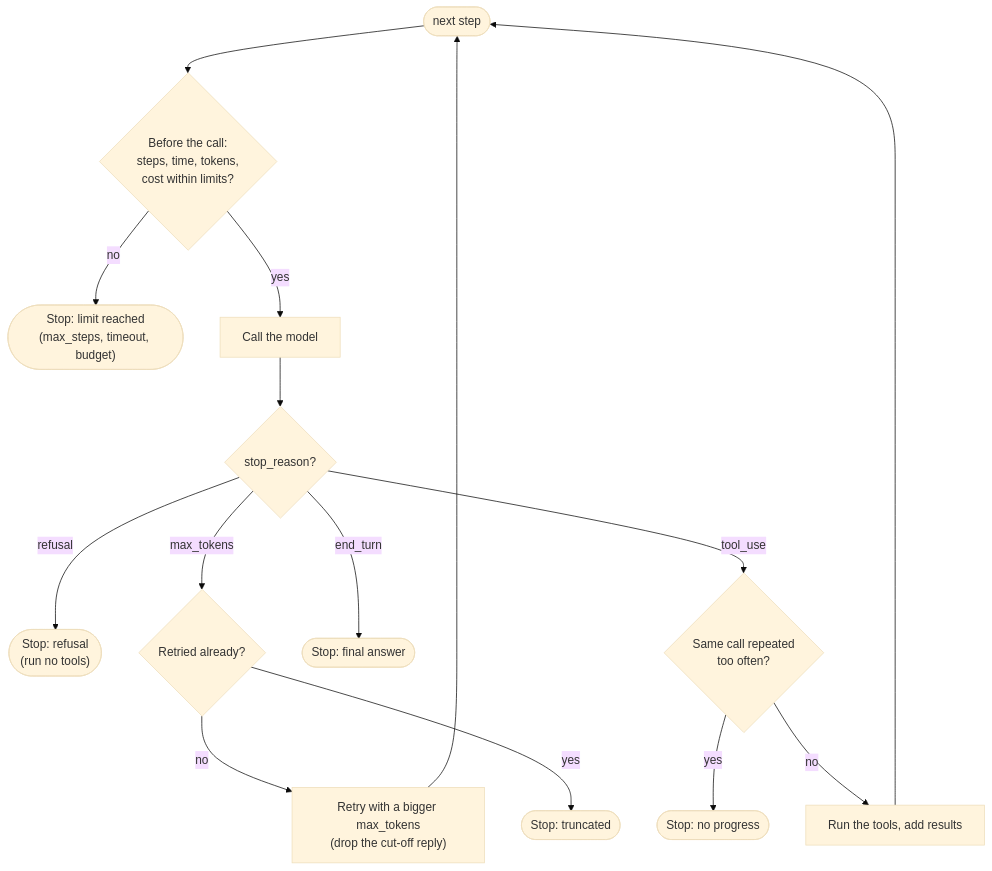
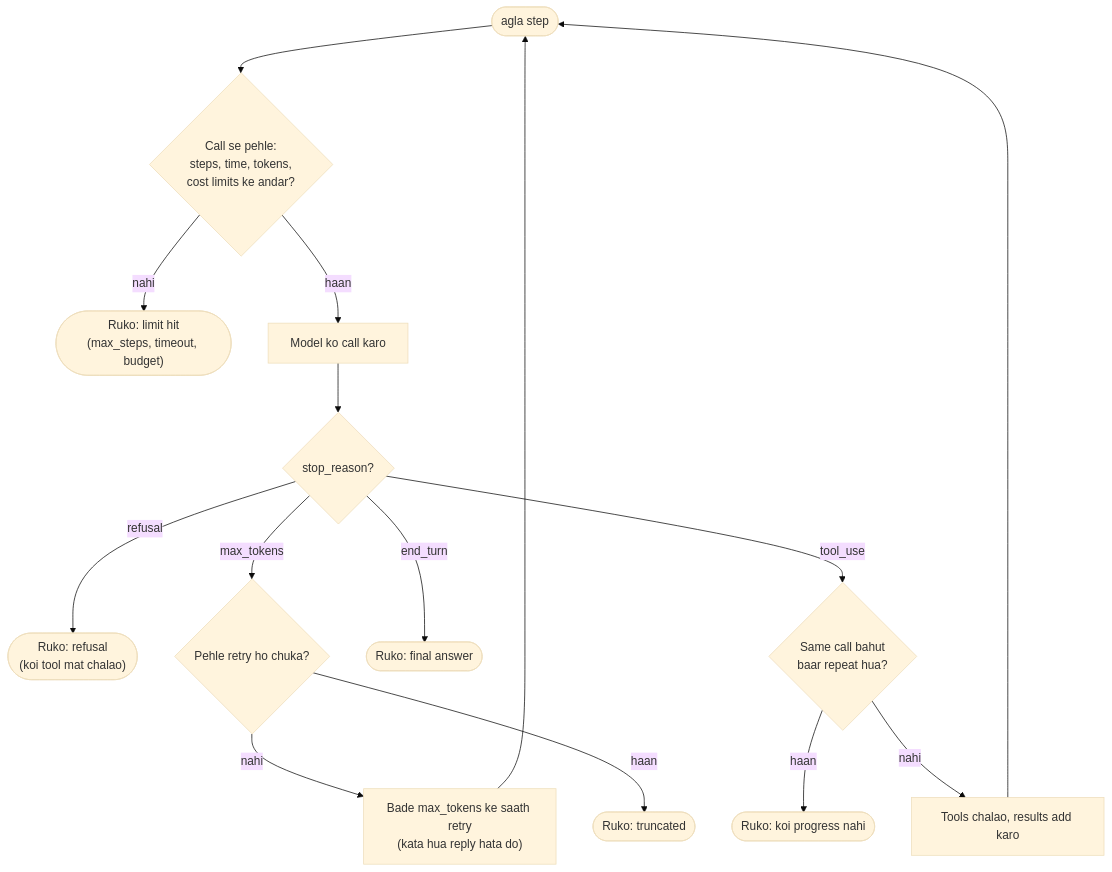
One commit to asmustechno/agentic-ai-notes changed the diagram in docs/02-the-agent-loop/02.4-stopping-conditions.md. Above: the diagram before and after it, drawn with Mermaid (base theme). The commit also changed other lines of this file and 135 other files, not shown here.

````diff
--- a/docs/02-the-agent-loop/02.4-stopping-conditions.md
+++ b/docs/02-the-agent-loop/02.4-stopping-conditions.md
@@ -43,15 +43,15 @@
 ```mermaid
 flowchart TD
-    START([next step]) --> PRE{"Before the call:<br/>steps, time, tokens,<br/>cost within limits?"}
-    PRE -->|no| SAFE(["Stop: limit reached<br/>(max_steps, timeout, budget)"])
-    PRE -->|yes| CALL[Call the model]
+    START([agla step]) --> PRE{"Call se pehle:<br/>steps, time, tokens,<br/>cost limits ke andar?"}
+    PRE -->|nahi| SAFE(["Ruko: limit hit<br/>(max_steps, timeout, budget)"])
+    PRE -->|haan| CALL[Model ko call karo]
     CALL --> SR{"stop_reason?"}
-    SR -->|refusal| REF(["Stop: refusal<br/>(run no tools)"])
-    SR -->|max_tokens| CUT{"Retried already?"}
-    CUT -->|no| BIG["Retry with a bigger max_tokens<br/>(drop the cut-off reply)"] --> START
-    CUT -->|yes| TRUNC(["Stop: truncated"])
-    SR -->|end_turn| DONE(["Stop: final answer"])
-    SR -->|tool_use| REP{"Same call repeated<br/>too often?"}
-    REP -->|yes| NP(["Stop: no progress"])
-    REP -->|no| RUN[Run the tools, add results] --> START
+    SR -->|refusal| REF(["Ruko: refusal<br/>(koi tool mat chalao)"])
+    SR -->|max_tokens| CUT{"Pehle retry ho chuka?"}
+    CUT -->|nahi| BIG["Bade max_tokens ke saath retry<br/>(kata hua reply hata do)"] --> START
+    CUT -->|haan| TRUNC(["Ruko: truncated"])
+    SR -->|end_turn| DONE(["Ruko: final answer"])
+    SR -->|tool_use| REP{"Same call bahut<br/>baar repeat hua?"}
+    REP -->|haan| NP(["Ruko: koi progress nahi"])
+    REP -->|nahi| RUN["Tools chalao, results add karo"] --> START
 ```
````
